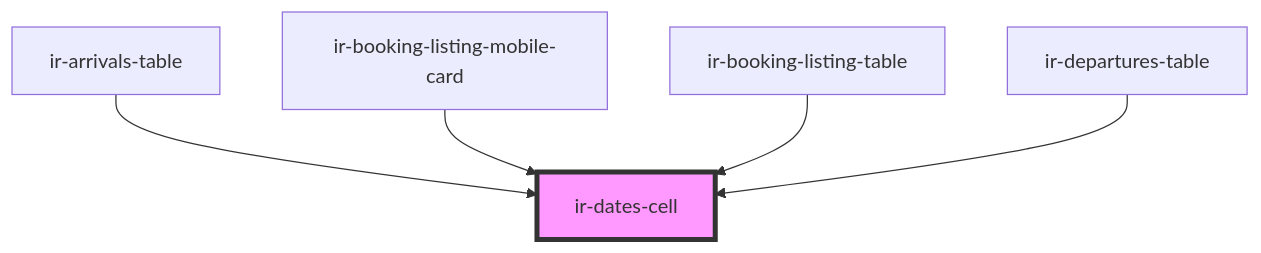
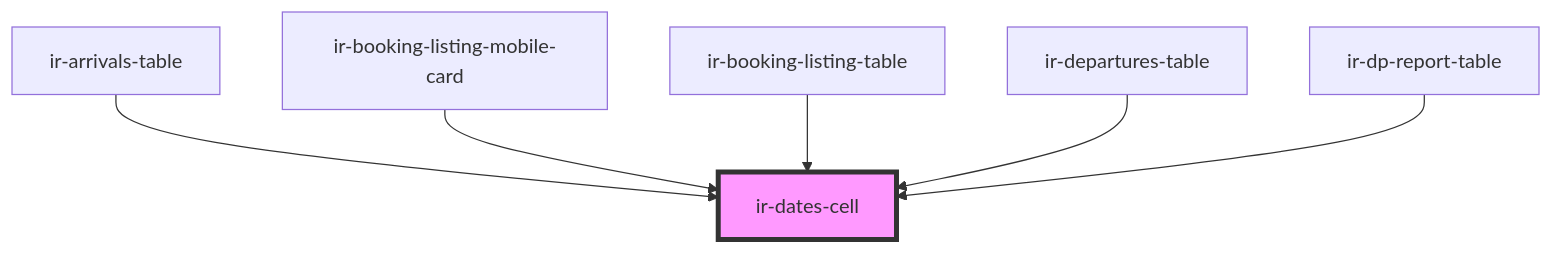
One commit to RonyRizk/ir-webcmp changed the diagram in src/components/table-cells/booking/ir-dates-cell/readme.md. Above: the diagram before and after it, drawn with Mermaid. The commit also changed other lines of this file and 107 other files, not shown here.

````diff
--- a/src/components/table-cells/booking/ir-dates-cell/readme.md
+++ b/src/components/table-cells/booking/ir-dates-cell/readme.md
@@ -31,8 +33,9 @@
 ```mermaid
 graph TD;
   ir-arrivals-table --> ir-dates-cell
   ir-booking-listing-mobile-card --> ir-dates-cell
   ir-booking-listing-table --> ir-dates-cell
   ir-departures-table --> ir-dates-cell
+  ir-dp-report-table --> ir-dates-cell
   style ir-dates-cell fill:#f9f,stroke:#333,stroke-width:4px
 ```
````
